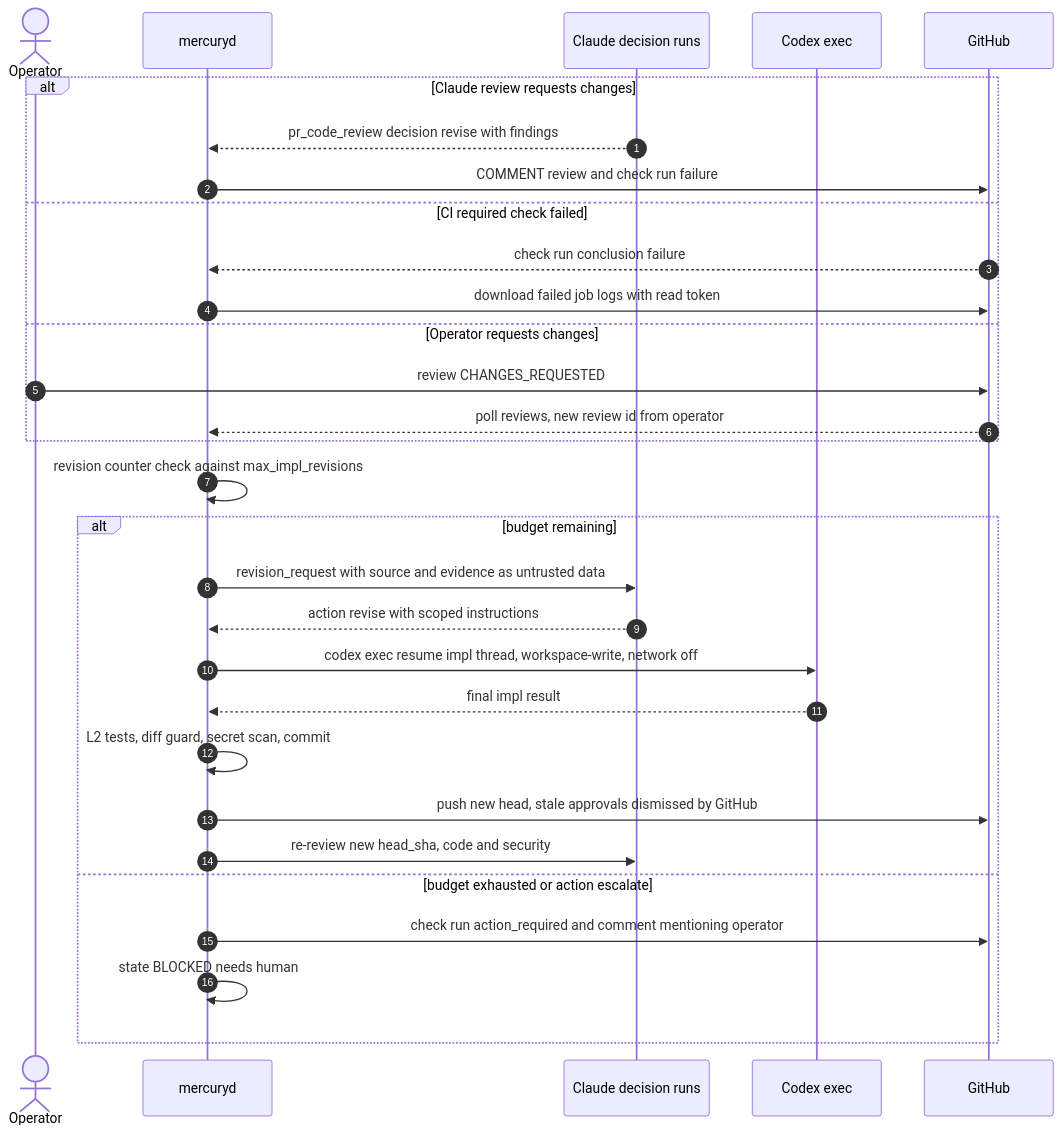
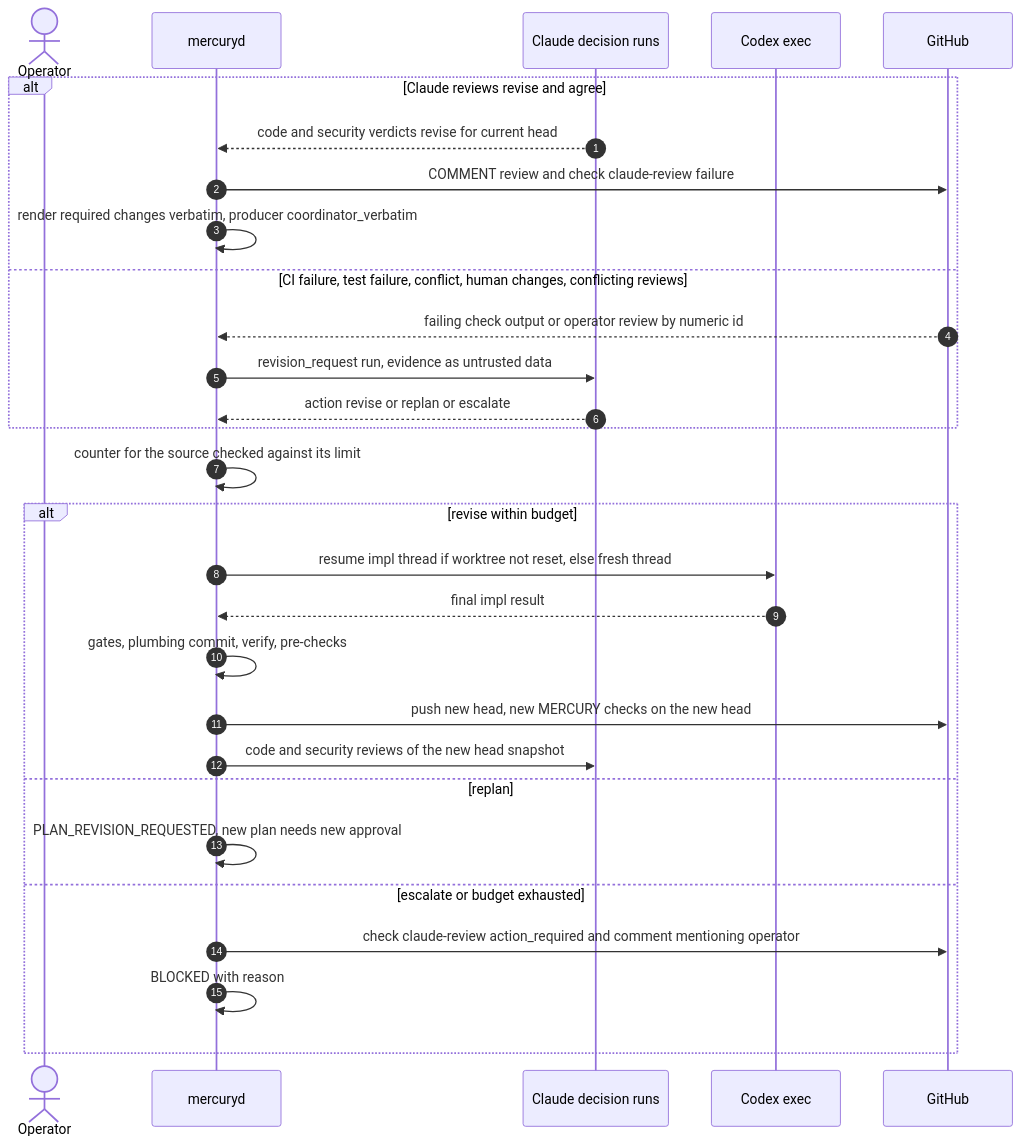
The third of 5 diagrams in docs/mercury/integrations/github.md (usjbro/Project-Mercury), drawn with Mermaid before and after one commit. The commit also changed other lines of this file and 5 other files, not shown here.

First line of the commit message:
docs(mercury): phase 4 revisions in progress (A, B, D, F partial)

````diff
--- a/docs/mercury/integrations/github.md
+++ b/docs/mercury/integrations/github.md
@@ -472,32 +598,31 @@
 ```mermaid
 sequenceDiagram
     autonumber
     actor Op as Operator
     participant M as mercuryd
     participant C as Claude decision runs
     participant X as Codex exec
     participant G as GitHub
-    alt Claude review requests changes
-        C-->>M: pr_code_review decision revise with findings
-        M->>G: COMMENT review and check run failure
-    else CI required check failed
-        G-->>M: check run conclusion failure
-        M->>G: download failed job logs with read token
-    else Operator requests changes
-        Op->>G: review CHANGES_REQUESTED
-        G-->>M: poll reviews, new review id from operator
+    alt Claude reviews revise and agree
+        C-->>M: code and security verdicts revise for current head
+        M->>G: COMMENT review and check claude-review failure
+        M->>M: render required changes verbatim, producer coordinator_verbatim
+    else CI failure, test failure, conflict, human changes, conflicting reviews
+        G-->>M: failing check output or operator review by numeric id
+        M->>C: revision_request run, evidence as untrusted data
+        C-->>M: action revise or replan or escalate
     end
-    M->>M: revision counter check against max_impl_revisions
-    alt budget remaining
-        M->>C: revision_request with source and evidence as untrusted data
-        C-->>M: action revise with scoped instructions
-        M->>X: codex exec resume impl thread, workspace-write, network off
+    M->>M: counter for the source checked against its limit
+    alt revise within budget
+        M->>X: resume impl thread if worktree not reset, else fresh thread
         X-->>M: final impl result
-        M->>M: L2 tests, diff guard, secret scan, commit
-        M->>G: push new head, stale approvals dismissed by GitHub
-        M->>C: re-review new head_sha, code and security
-    else budget exhausted or action escalate
-        M->>G: check run action_required and comment mentioning operator
-        M->>M: state BLOCKED needs human
+        M->>M: gates, plumbing commit, verify, pre-checks
+        M->>G: push new head, new MERCURY checks on the new head
+        M->>C: code and security reviews of the new head snapshot
+    else replan
+        M->>M: PLAN_REVISION_REQUESTED, new plan needs new approval
+    else escalate or budget exhausted
+        M->>G: check claude-review action_required and comment mentioning operator
+        M->>M: BLOCKED with reason
     end
 ```
````
